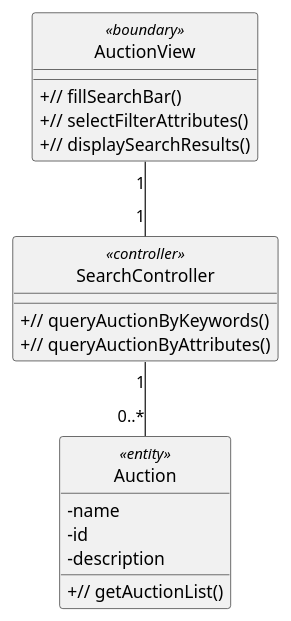
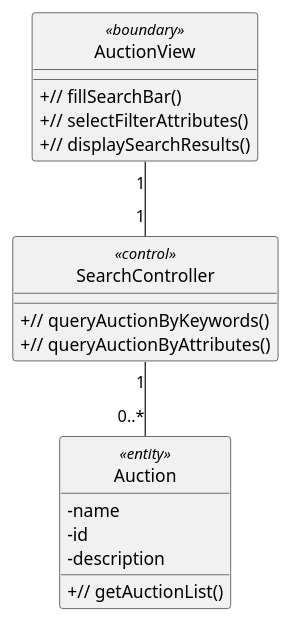
The diagram in uml/analysis/class/search_for_auction.pu (anhbanlinhle/velocity-exchange), drawn with PlantUML before and after one commit. The commit also changed 1 other file, not shown here.

Commit message:
doc[lynn]: controller -> control

```diff
--- a/uml/analysis/class/search_for_auction.pu
+++ b/uml/analysis/class/search_for_auction.pu
@@ -1,35 +1,35 @@
 @startuml 
 skinparam classAttributeIconSize 0
 skinparam linetype ortho
 hide circle
 class AuctionView <<boundary>> {
 
     + // fillSearchBar()
     + // selectFilterAttributes()
     + // displaySearchResults()
 
     }
 
-class SearchController <<controller>> {
+class SearchController <<control>> {
     
     + // queryAuctionByKeywords()
     + // queryAuctionByAttributes()
 
     }
 
 class Auction <<entity>> {
     - name
     - id
     - description
 
     + // getAuctionList()
 
     }
 
 
 AuctionView "1" -- "1" SearchController
 
 SearchController "1" -- "0..*" Auction
 
 
 @enduml
```
